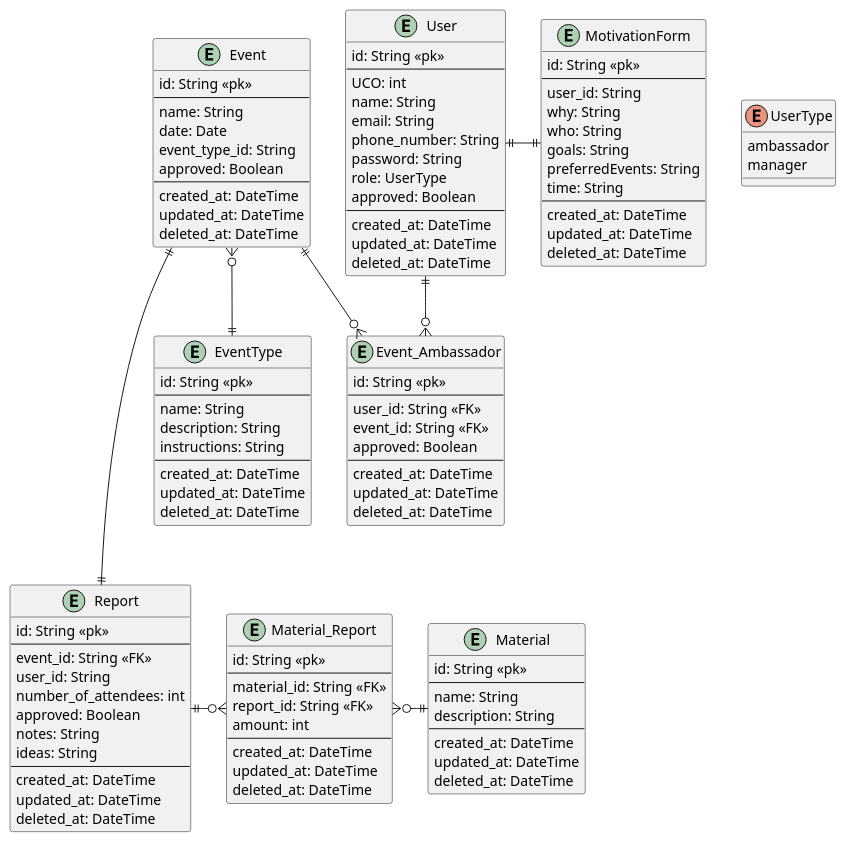
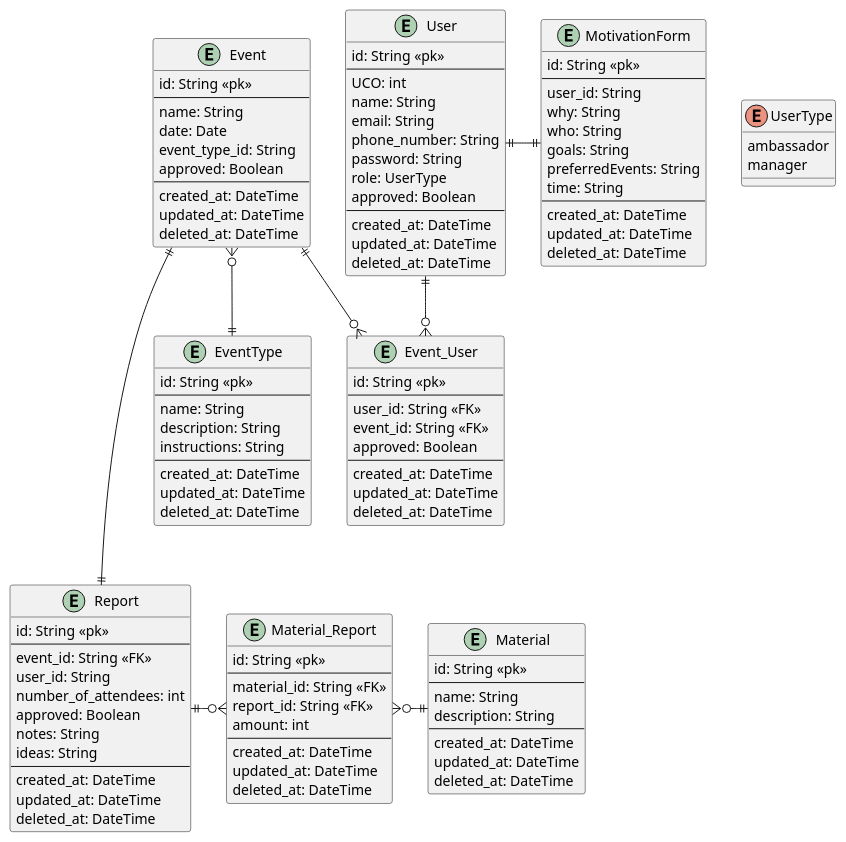
Before and after one commit to barhorkaa/ambassadors: the diagram in diagrams/erd.puml, drawn with PlantUML.

Commit message:
fix(erd/rename): renamed Event_Ambassador to Event_User

```diff
--- a/diagrams/erd.puml
+++ b/diagrams/erd.puml
@@ -1,126 +1,126 @@
 @startuml
 'https://plantuml.com/entity-diagram
 
 entity MotivationForm {
   id: String <<pk>>
   --
   user_id: String
   'answers to questions
   why: String
   who: String
   goals: String
   preferredEvents: String
   time: String
   --
   created_at: DateTime
   updated_at: DateTime
   deleted_at: DateTime
 }
 
 entity User {
   id: String <<pk>>
   --
   UCO: int
   name: String
   email: String
   phone_number: String
   password: String
   role: UserType
   approved: Boolean
   --
   created_at: DateTime
   updated_at: DateTime
   deleted_at: DateTime
 }
 
 enum UserType {
   ambassador
   manager
 }
 
 entity Event {
   id: String <<pk>>
   --
   name: String
   date: Date
   event_type_id: String
   approved: Boolean
   --
   created_at: DateTime
   updated_at: DateTime
   deleted_at: DateTime
 }
 
 entity EventType {
   id: String <<pk>>
   --
   name: String
   description: String
   instructions: String
   --
   created_at: DateTime
   updated_at: DateTime
   deleted_at: DateTime
 }
 
-entity Event_Ambassador {
+entity Event_User {
   id: String <<pk>>
   --
   user_id: String <<FK>>
   event_id: String <<FK>>
   approved: Boolean
   --
   created_at: DateTime
   updated_at: DateTime
   deleted_at: DateTime
 }
 
 entity Report {
   id: String <<pk>>
   --
   event_id: String <<FK>>
   user_id: String
   number_of_attendees: int
   approved: Boolean
 'photos
   notes: String
   ideas: String
   --
   created_at: DateTime
   updated_at: DateTime
   deleted_at: DateTime
 }
 
 entity Material_Report {
   id: String <<pk>>
   --
   material_id: String <<FK>>
   report_id: String <<FK>>
   amount: int
   --
   created_at: DateTime
   updated_at: DateTime
   deleted_at: DateTime
 }
 
 entity Material {
   id: String <<pk>>
   --
   name: String
   description: String
   --
   created_at: DateTime
   updated_at: DateTime
   deleted_at: DateTime
 }
 
 Report ||-o{ Material_Report
 Material_Report }o-|| Material
 Event ||---|| Report
 
 User ||-|| MotivationForm
-User ||--o{ Event_Ambassador
-Event ||--o{ Event_Ambassador
+User ||--o{ Event_User
+Event ||--o{ Event_User
 Event }o--|| EventType
 
 @enduml
```
